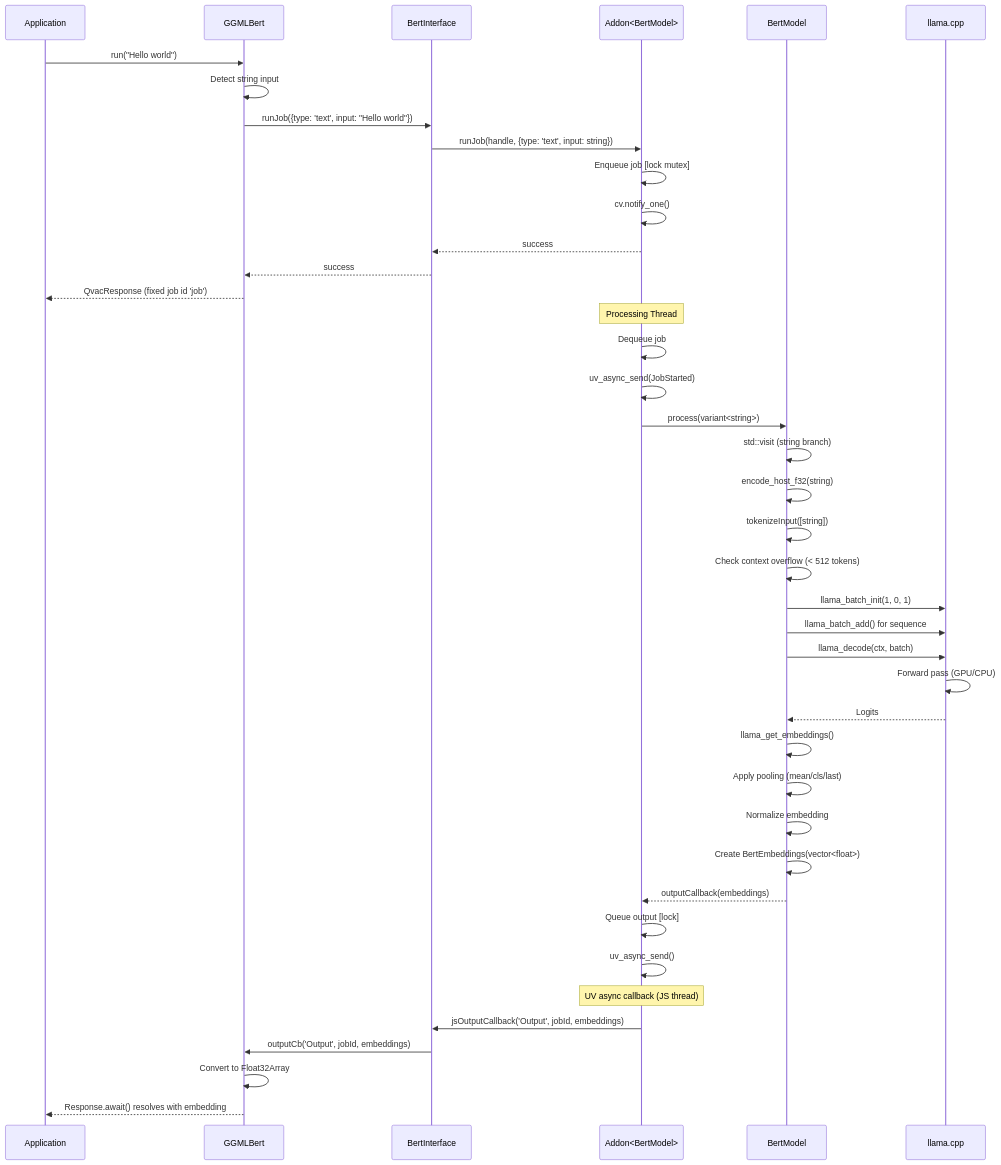
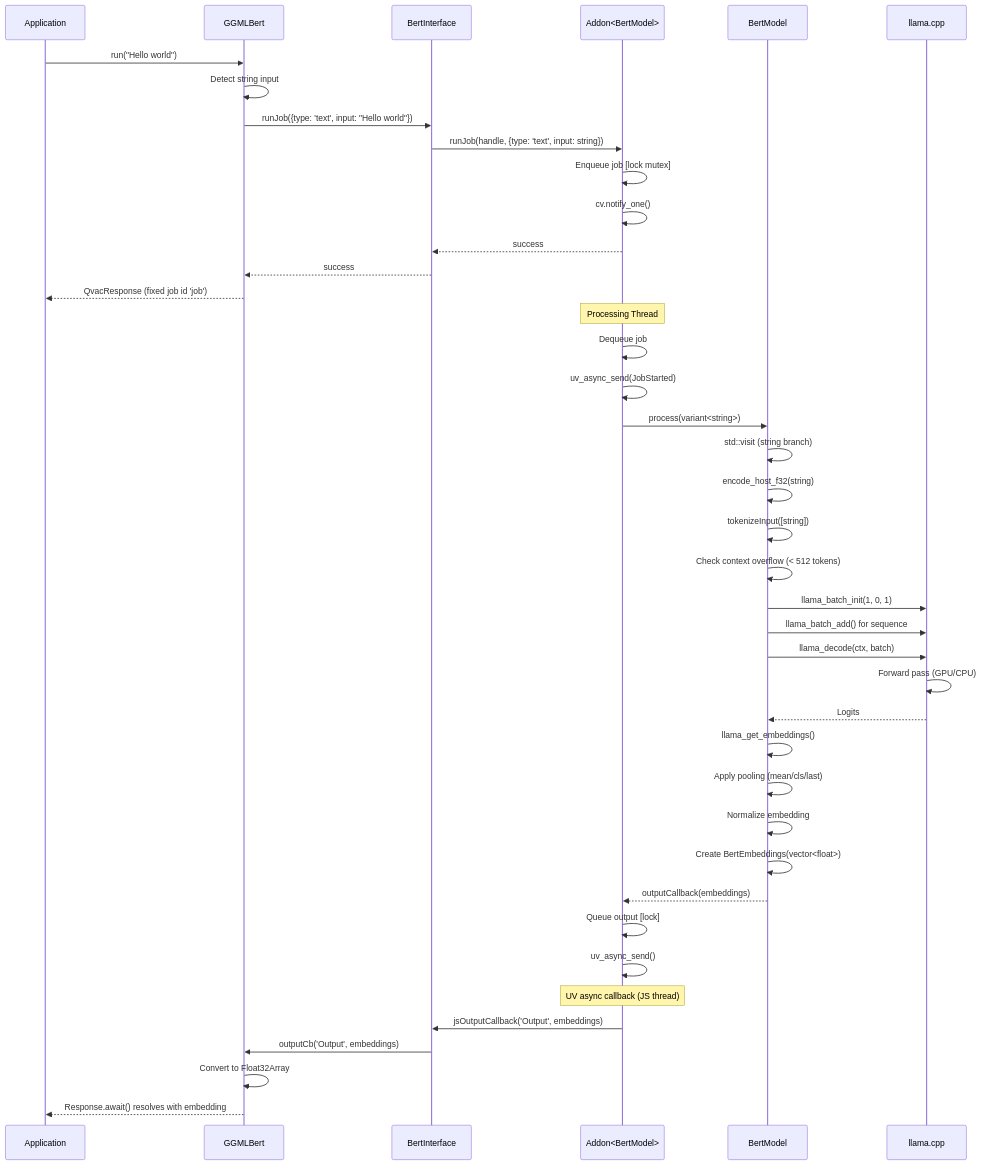
One commit to donriddo/qvac changed the seventh of 9 diagrams in packages/qvac-lib-infer-llamacpp-embed/docs/data-flows-detailed.md. Above: the diagram before and after it, drawn with Mermaid. The commit also changed other lines of this file and 1 other file, not shown here.

Commit message:
doc: refresh architecture.md and data-flows-detailed.md for refactored API
architecture.md:
- Bump package version header to v0.14.0.
- Bump `@qvac/infer-base` min version in the dependency table to ^0.4.0
  to match package.json.
- Update the Exclusive Run Queue decision to reflect that `load()` is
  now serialized alongside `run()` and `unload()`.

data-flows-detailed.md:
- Drop the `jobId` argument from the `jsOutputCallback` and `outputCb`
  calls in the two inference-flow sequence diagrams. The refactor dropped
  `jobId` from the `BertInterface` outputCb signature; the diagrams were
  still showing the pre-refactor shape.

````diff
--- a/packages/qvac-lib-infer-llamacpp-embed/docs/data-flows-detailed.md
+++ b/packages/qvac-lib-infer-llamacpp-embed/docs/data-flows-detailed.md
@@ -280,50 +280,50 @@
 ```mermaid
 sequenceDiagram
     participant App as Application
     participant GGMLBert as GGMLBert
     participant BI as BertInterface
     participant Addon as Addon<BertModel>
     participant BM as BertModel
     participant LLAMA as llama.cpp
     
     App->>GGMLBert: run("Hello world")
     GGMLBert->>GGMLBert: Detect string input
     GGMLBert->>BI: runJob({type: 'text', input: "Hello world"})
     BI->>Addon: runJob(handle, {type: 'text', input: string})
     Addon->>Addon: Enqueue job [lock mutex]
     Addon->>Addon: cv.notify_one()
     Addon-->>BI: success
     BI-->>GGMLBert: success
     GGMLBert-->>App: QvacResponse (fixed job id 'job')
     
     Note over Addon: Processing Thread
     Addon->>Addon: Dequeue job
     Addon->>Addon: uv_async_send(JobStarted)
     Addon->>BM: process(variant<string>)
     
     BM->>BM: std::visit (string branch)
     BM->>BM: encode_host_f32(string)
     BM->>BM: tokenizeInput([string])
     BM->>BM: Check context overflow (< 512 tokens)
     
     BM->>LLAMA: llama_batch_init(1, 0, 1)
     BM->>LLAMA: llama_batch_add() for sequence
     BM->>LLAMA: llama_decode(ctx, batch)
     LLAMA->>LLAMA: Forward pass (GPU/CPU)
     LLAMA-->>BM: Logits
     
     BM->>BM: llama_get_embeddings()
     BM->>BM: Apply pooling (mean/cls/last)
     BM->>BM: Normalize embedding
     BM->>BM: Create BertEmbeddings(vector<float>)
     BM-->>Addon: outputCallback(embeddings)
     
     Addon->>Addon: Queue output [lock]
     Addon->>Addon: uv_async_send()
     
     Note over Addon: UV async callback (JS thread)
-    Addon->>BI: jsOutputCallback('Output', jobId, embeddings)
-    BI->>GGMLBert: outputCb('Output', jobId, embeddings)
+    Addon->>BI: jsOutputCallback('Output', embeddings)
+    BI->>GGMLBert: outputCb('Output', embeddings)
     GGMLBert->>GGMLBert: Convert to Float32Array
     GGMLBert-->>App: Response.await() resolves with embedding
 ```
````
